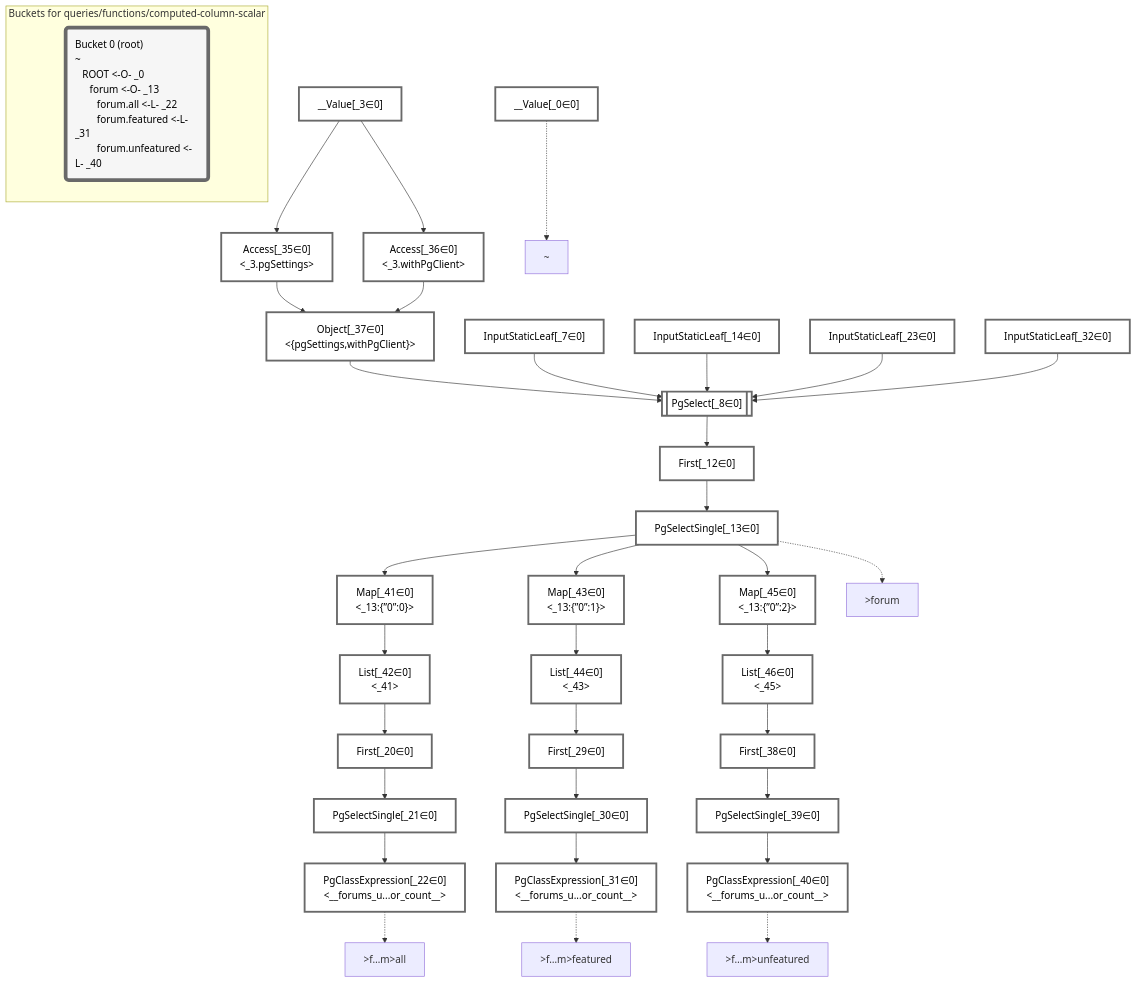
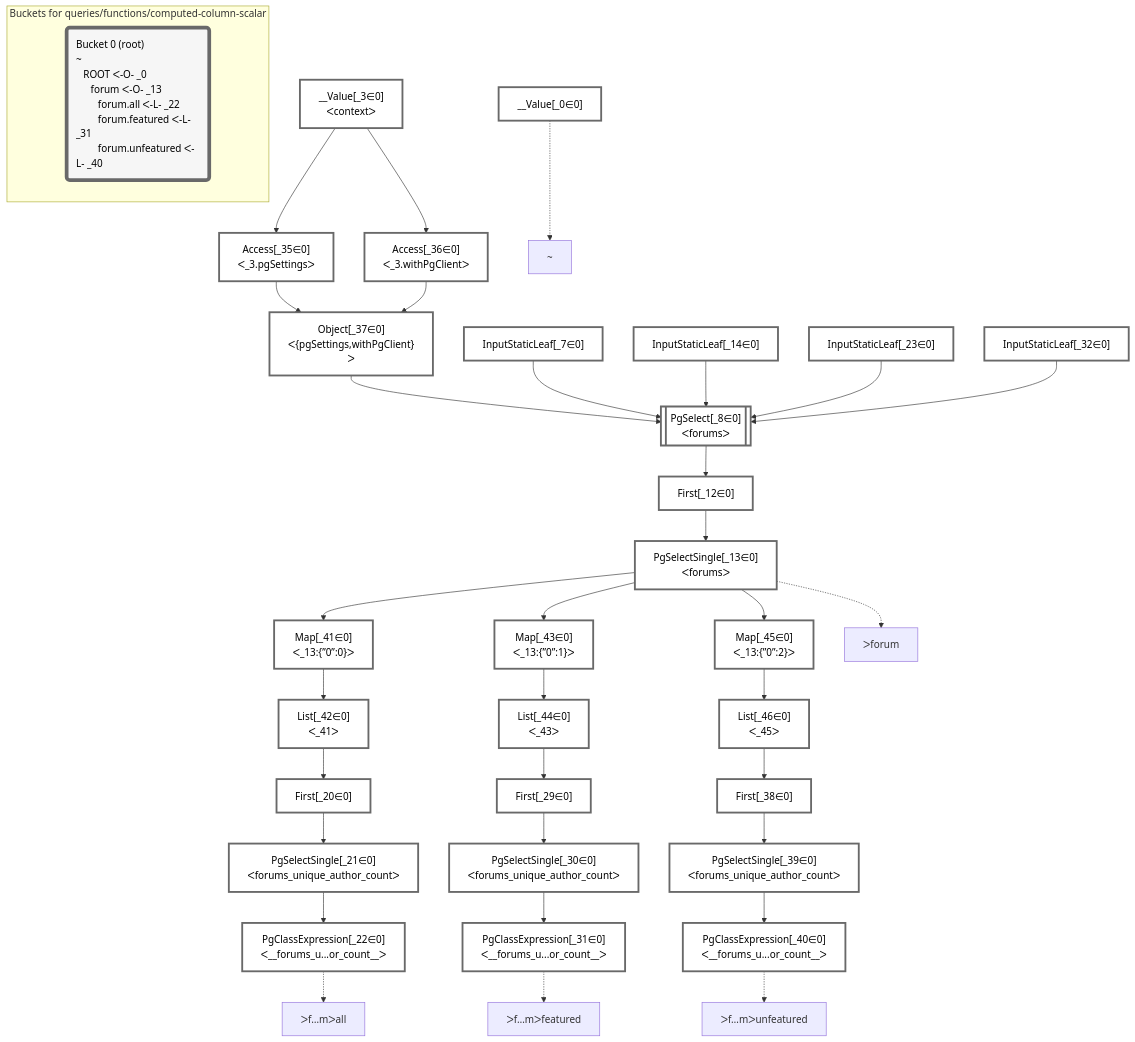
The diagram in packages/dataplan-pg/__tests__/queries/functions/computed-column-scalar.deopt.mermaid.md (graphile/crystal), drawn with Mermaid before and after one commit. The commit also changed 195 other files, not shown here.

````diff
--- a/packages/dataplan-pg/__tests__/queries/functions/computed-column-scalar.deopt.mermaid.md
+++ b/packages/dataplan-pg/__tests__/queries/functions/computed-column-scalar.deopt.mermaid.md
@@ -9,32 +9,32 @@
 
     %% define plans
     __Value_0["__Value[_0∈0]"]:::plan
-    __Value_3["__Value[_3∈0]<br /><context>"]:::plan
+    __Value_3["__Value[_3∈0]<br />ᐸcontextᐳ"]:::plan
     InputStaticLeaf_7["InputStaticLeaf[_7∈0]"]:::plan
-    PgSelect_8[["PgSelect[_8∈0]<br /><forums>"]]:::plan
+    PgSelect_8[["PgSelect[_8∈0]<br />ᐸforumsᐳ"]]:::plan
     First_12["First[_12∈0]"]:::plan
-    PgSelectSingle_13["PgSelectSingle[_13∈0]<br /><forums>"]:::plan
+    PgSelectSingle_13["PgSelectSingle[_13∈0]<br />ᐸforumsᐳ"]:::plan
     InputStaticLeaf_14["InputStaticLeaf[_14∈0]"]:::plan
     First_20["First[_20∈0]"]:::plan
-    PgSelectSingle_21["PgSelectSingle[_21∈0]<br /><forums_unique_author_count>"]:::plan
-    PgClassExpression_22["PgClassExpression[_22∈0]<br /><__forums_u...or_count__>"]:::plan
+    PgSelectSingle_21["PgSelectSingle[_21∈0]<br />ᐸforums_unique_author_countᐳ"]:::plan
+    PgClassExpression_22["PgClassExpression[_22∈0]<br />ᐸ__forums_u...or_count__ᐳ"]:::plan
     InputStaticLeaf_23["InputStaticLeaf[_23∈0]"]:::plan
     First_29["First[_29∈0]"]:::plan
-    PgSelectSingle_30["PgSelectSingle[_30∈0]<br /><forums_unique_author_count>"]:::plan
-    PgClassExpression_31["PgClassExpression[_31∈0]<br /><__forums_u...or_count__>"]:::plan
+    PgSelectSingle_30["PgSelectSingle[_30∈0]<br />ᐸforums_unique_author_countᐳ"]:::plan
+    PgClassExpression_31["PgClassExpression[_31∈0]<br />ᐸ__forums_u...or_count__ᐳ"]:::plan
     InputStaticLeaf_32["InputStaticLeaf[_32∈0]"]:::plan
-    Access_35["Access[_35∈0]<br /><_3.pgSettings>"]:::plan
-    Access_36["Access[_36∈0]<br /><_3.withPgClient>"]:::plan
-    Object_37["Object[_37∈0]<br /><{pgSettings,withPgClient}>"]:::plan
+    Access_35["Access[_35∈0]<br />ᐸ_3.pgSettingsᐳ"]:::plan
+    Access_36["Access[_36∈0]<br />ᐸ_3.withPgClientᐳ"]:::plan
+    Object_37["Object[_37∈0]<br />ᐸ{pgSettings,withPgClient}ᐳ"]:::plan
     First_38["First[_38∈0]"]:::plan
-    PgSelectSingle_39["PgSelectSingle[_39∈0]<br /><forums_unique_author_count>"]:::plan
-    PgClassExpression_40["PgClassExpression[_40∈0]<br /><__forums_u...or_count__>"]:::plan
-    Map_41["Map[_41∈0]<br /><_13:{”0”:0}>"]:::plan
-    List_42["List[_42∈0]<br /><_41>"]:::plan
-    Map_43["Map[_43∈0]<br /><_13:{”0”:1}>"]:::plan
-    List_44["List[_44∈0]<br /><_43>"]:::plan
-    Map_45["Map[_45∈0]<br /><_13:{”0”:2}>"]:::plan
-    List_46["List[_46∈0]<br /><_45>"]:::plan
+    PgSelectSingle_39["PgSelectSingle[_39∈0]<br />ᐸforums_unique_author_countᐳ"]:::plan
+    PgClassExpression_40["PgClassExpression[_40∈0]<br />ᐸ__forums_u...or_count__ᐳ"]:::plan
+    Map_41["Map[_41∈0]<br />ᐸ_13:{”0”:0}ᐳ"]:::plan
+    List_42["List[_42∈0]<br />ᐸ_41ᐳ"]:::plan
+    Map_43["Map[_43∈0]<br />ᐸ_13:{”0”:1}ᐳ"]:::plan
+    List_44["List[_44∈0]<br />ᐸ_43ᐳ"]:::plan
+    Map_45["Map[_45∈0]<br />ᐸ_13:{”0”:2}ᐳ"]:::plan
+    List_46["List[_46∈0]<br />ᐸ_45ᐳ"]:::plan
 
     %% plan dependencies
     Object_37 --> PgSelect_8
@@ -67,13 +67,13 @@
     %% plan-to-path relationships
     P_0["~"]
     __Value_0 -.-> P_0
-    P_13[">forum"]
+    P_13["ᐳforum"]
     PgSelectSingle_13 -.-> P_13
-    P_22[">f…m>all"]
+    P_22["ᐳf…mᐳall"]
     PgClassExpression_22 -.-> P_22
-    P_31[">f…m>featured"]
+    P_31["ᐳf…mᐳfeatured"]
     PgClassExpression_31 -.-> P_31
-    P_40[">f…m>unfeatured"]
+    P_40["ᐳf…mᐳunfeatured"]
     PgClassExpression_40 -.-> P_40
 
     %% allocate buckets
@@ -81,7 +81,7 @@
     class __Value_0,__Value_3,InputStaticLeaf_7,PgSelect_8,First_12,PgSelectSingle_13,InputStaticLeaf_14,First_20,PgSelectSingle_21,PgClassExpression_22,InputStaticLeaf_23,First_29,PgSelectSingle_30,PgClassExpression_31,InputStaticLeaf_32,Access_35,Access_36,Object_37,First_38,PgSelectSingle_39,PgClassExpression_40,Map_41,List_42,Map_43,List_44,Map_45,List_46 bucket0
 
     subgraph "Buckets for queries/functions/computed-column-scalar"
-    Bucket0("Bucket 0 (root)<br />~<br />⠀ROOT <-O- _0<br />⠀⠀forum <-O- _13<br />⠀⠀⠀forum.all <-L- _22<br />⠀⠀⠀forum.featured <-L- _31<br />⠀⠀⠀forum.unfeatured <-L- _40"):::bucket
+    Bucket0("Bucket 0 (root)<br />~<br />⠀ROOT ᐸ-O- _0<br />⠀⠀forum ᐸ-O- _13<br />⠀⠀⠀forum.all ᐸ-L- _22<br />⠀⠀⠀forum.featured ᐸ-L- _31<br />⠀⠀⠀forum.unfeatured ᐸ-L- _40"):::bucket
     style Bucket0 stroke:#696969
     end
 ```
````
